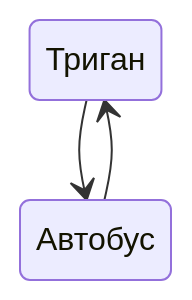
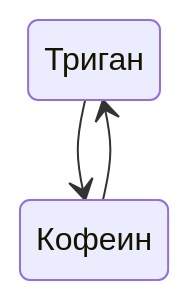
One commit to ltlstv/sverchok_ltlstv_420 changed the second of 2 diagrams in README.md. Above: the diagram before and after it, drawn with Mermaid.

````diff
--- a/README.md
+++ b/README.md
@@ -38,5 +38,5 @@
 ```mermaid
 stateDiagram-v2
-Триган --> Автобус
-Автобус --> Триган
+Триган --> Кофеин
+Кофеин --> Триган
 ```
````
